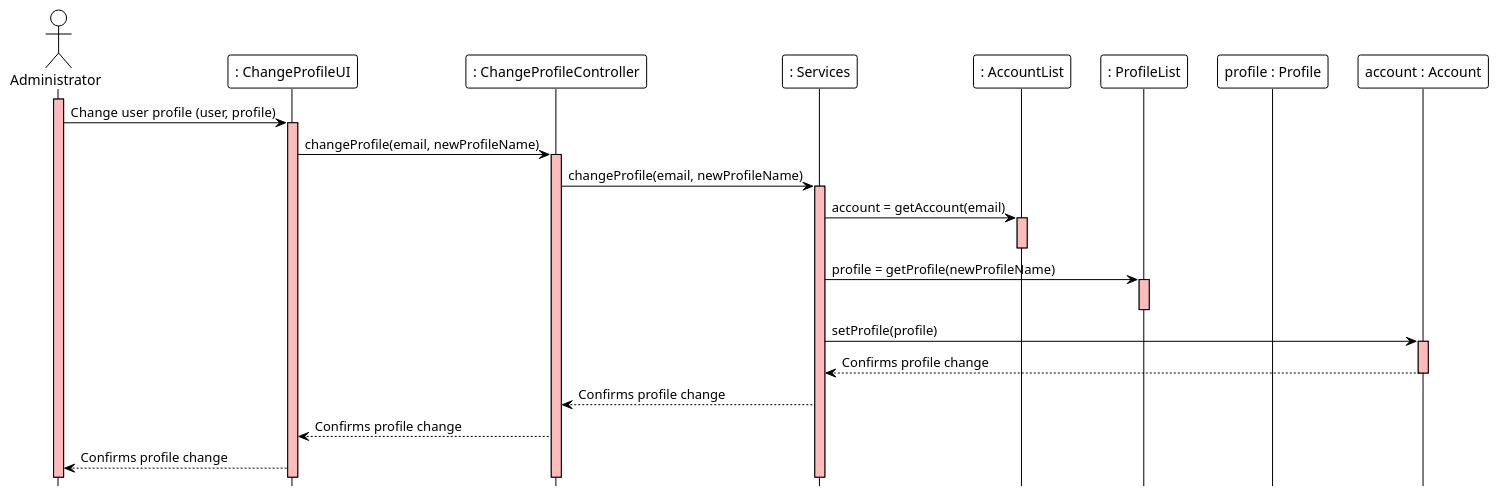
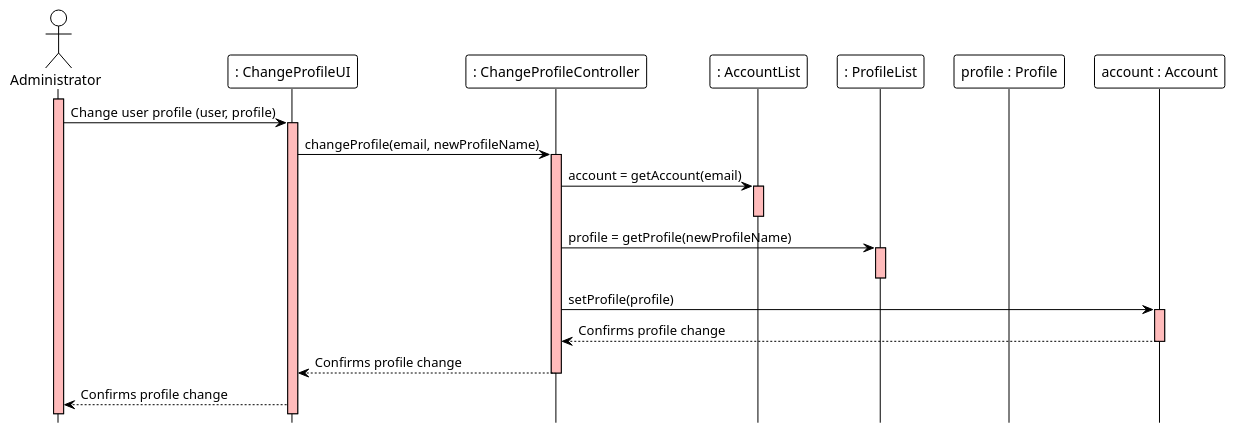
The diagram in docs/modelling_design/user_stories/us003/US003_ChangeProfileSD.puml (ivo-menezes/project_g3), drawn with PlantUML before and after one commit. The commit also changed 6 other files, not shown here.

```diff
--- a/docs/modelling_design/user_stories/us003/US003_ChangeProfileSD.puml
+++ b/docs/modelling_design/user_stories/us003/US003_ChangeProfileSD.puml
@@ -1,37 +1,34 @@
 @startuml
 !theme plain
 hide footbox
 
 actor Administrator
 participant ": ChangeProfileUI" as UI
 participant ": ChangeProfileController" as Controller
-participant ": Services" as Services
 participant ": AccountList" as AccountList
 participant ": ProfileList" as ProfileList
 participant "profile : Profile" as Profile
 participant "account : Account" as Account
 
 
 
 activate Administrator #FFBBBB
 Administrator -> UI : Change user profile (user, profile)
 activate UI #FFBBBB
 UI -> Controller : changeProfile(email, newProfileName)
 activate Controller #FFBBBB
-Controller -> Services : changeProfile(email, newProfileName)
-activate Services #FFBBBB
-Services -> AccountList : account = getAccount(email)
+Controller -> AccountList : account = getAccount(email)
 activate AccountList #FFBBBB
 deactivate AccountList
-Services -> ProfileList : profile = getProfile(newProfileName)
+Controller -> ProfileList : profile = getProfile(newProfileName)
 activate ProfileList #FFBBBB
 deactivate ProfileList #FFBBBB
-Services -> Account : setProfile(profile)
+Controller -> Account : setProfile(profile)
 activate Account #FFBBBB
-Account --> Services : Confirms profile change
+Account --> Controller : Confirms profile change
 deactivate Account #FFBBBB
 
-Services --> Controller : Confirms profile change
 Controller --> UI : Confirms profile change
+deactivate Controller
 UI --> Administrator : Confirms profile change
 @enduml
```
